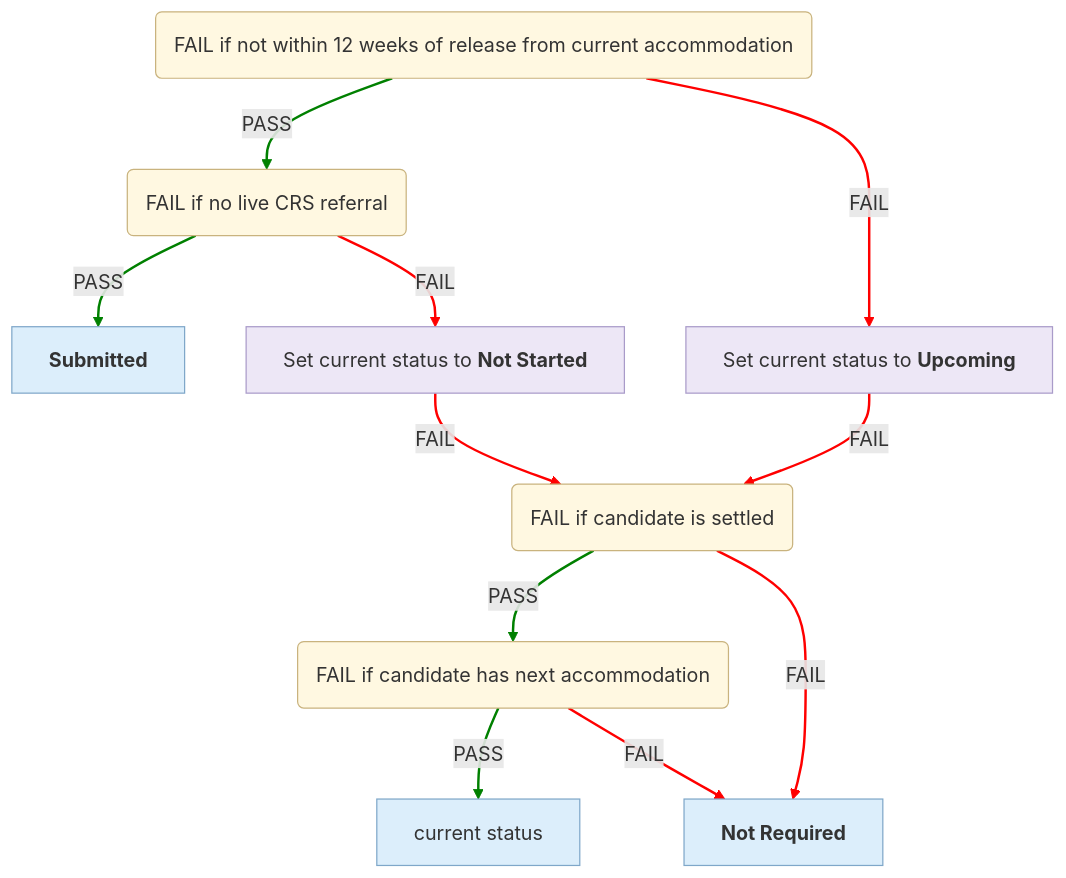
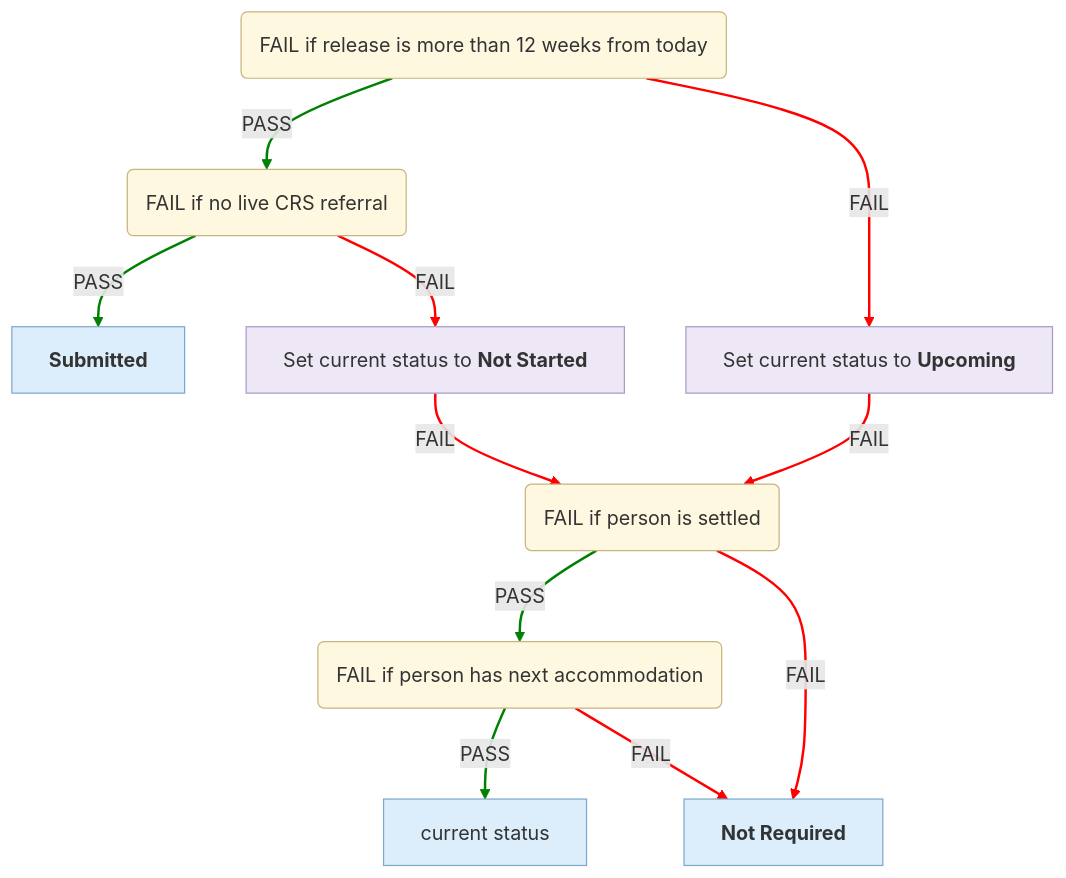
One commit to ministryofjustice/hmpps-single-accommodation-service-api changed the fourth of 6 diagrams in docs/eligibility-rules-graph.md. Above: the diagram before and after it, drawn with Mermaid. The commit also changed other lines of this file and 275 other files, not shown here.

Commit message:
chore/SAS-1544-Make-language-more-natural-for-Fail-descriptions

````diff
--- a/docs/eligibility-rules-graph.md
+++ b/docs/eligibility-rules-graph.md
@@ -421,31 +421,31 @@
 ```mermaid
 %%{init: {"flowchart": {"wrappingWidth": 800}}}%%
 flowchart TD
-  Upcoming("<div style='text-align:left'>FAIL if not within 12 weeks of release from current accommodation</div>")
-  Completion("<div style='text-align:left'>FAIL if no live CRS referral</div>")
+  Release_Within_12_Weeks("<div style='text-align:left'>FAIL if release is more than 12 weeks from today</div>")
+  Live_CRS("<div style='text-align:left'>FAIL if no live CRS referral</div>")
   CRS_SUBMITTED["<b>Submitted</b>"]
-  updater_CrsCompletionContextUpdater["Set current status to <b>Not Started</b>"]
-  Eligibility_Settled("<div style='text-align:left'>FAIL if candidate is settled</div>")
-  Eligibility_Next_Accommodation("<div style='text-align:left'>FAIL if candidate has next accommodation</div>")
+  updater_CrsStartContextUpdater["Set current status to <b>Not Started</b>"]
+  Not_Settled("<div style='text-align:left'>FAIL if person is settled</div>")
+  No_Next_Accommodation("<div style='text-align:left'>FAIL if person has next accommodation</div>")
   confirmed["current status"]
   CRS_NOT_REQUIRED["<b>Not Required</b>"]
   updater_CrsUpcomingContextUpdater["Set current status to <b>Upcoming</b>"]
-  Completion -->|PASS| CRS_SUBMITTED
-  Completion -->|FAIL| updater_CrsCompletionContextUpdater
-  Eligibility_Next_Accommodation -->|PASS| confirmed
-  Eligibility_Next_Accommodation -->|FAIL| CRS_NOT_REQUIRED
-  Eligibility_Settled -->|PASS| Eligibility_Next_Accommodation
-  Eligibility_Settled -->|FAIL| CRS_NOT_REQUIRED
-  updater_CrsCompletionContextUpdater -->|FAIL| Eligibility_Settled
-  Upcoming -->|PASS| Completion
-  Upcoming -->|FAIL| updater_CrsUpcomingContextUpdater
-  updater_CrsUpcomingContextUpdater -->|FAIL| Eligibility_Settled
+  Live_CRS -->|PASS| CRS_SUBMITTED
+  Live_CRS -->|FAIL| updater_CrsStartContextUpdater
+  No_Next_Accommodation -->|PASS| confirmed
+  No_Next_Accommodation -->|FAIL| CRS_NOT_REQUIRED
+  Not_Settled -->|PASS| No_Next_Accommodation
+  Not_Settled -->|FAIL| CRS_NOT_REQUIRED
+  updater_CrsStartContextUpdater -->|FAIL| Not_Settled
+  Release_Within_12_Weeks -->|PASS| Live_CRS
+  Release_Within_12_Weeks -->|FAIL| updater_CrsUpcomingContextUpdater
+  updater_CrsUpcomingContextUpdater -->|FAIL| Not_Settled
   linkStyle 0,2,4,7 stroke:green,stroke-width:2px
   linkStyle 1,3,5,6,8,9 stroke:red,stroke-width:2px
   classDef ruleSetNode fill:#FFF8E1,stroke:#C9B37E,color:#333
   classDef outcomeNode fill:#DCEEFB,stroke:#7FA7C9,color:#333
   classDef updaterNode fill:#EDE7F6,stroke:#A99BC9,color:#333
-  class Upcoming,Completion,Eligibility_Settled,Eligibility_Next_Accommodation ruleSetNode
+  class Release_Within_12_Weeks,Live_CRS,Not_Settled,No_Next_Accommodation ruleSetNode
   class CRS_SUBMITTED,confirmed,CRS_NOT_REQUIRED outcomeNode
-  class updater_CrsCompletionContextUpdater,updater_CrsUpcomingContextUpdater updaterNode
+  class updater_CrsStartContextUpdater,updater_CrsUpcomingContextUpdater updaterNode
 ```
````
